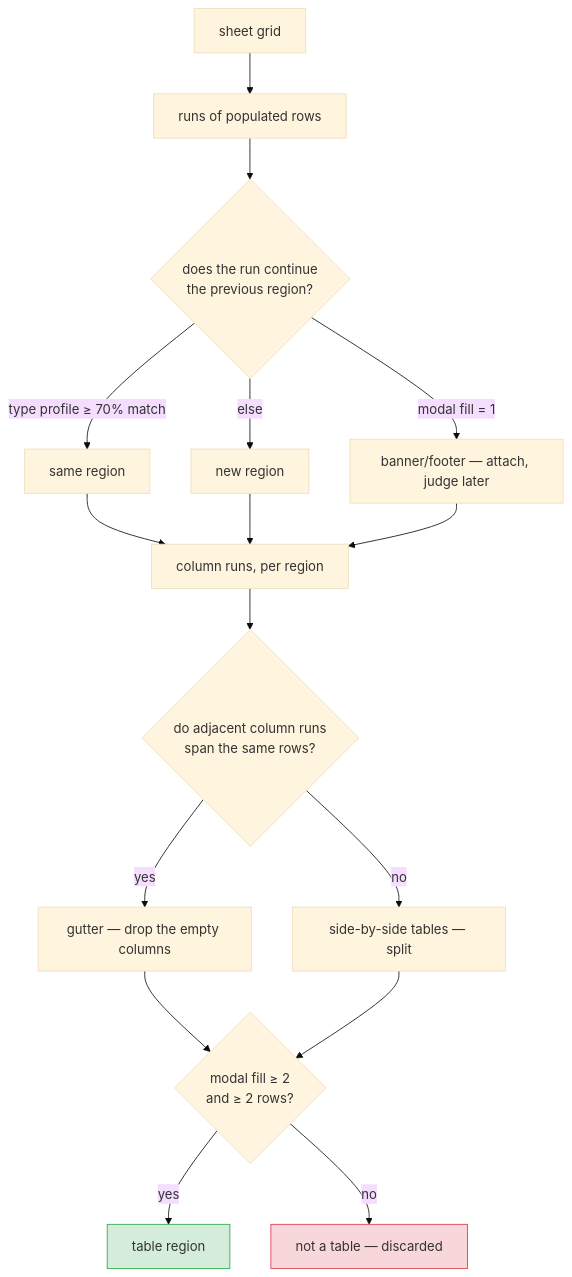
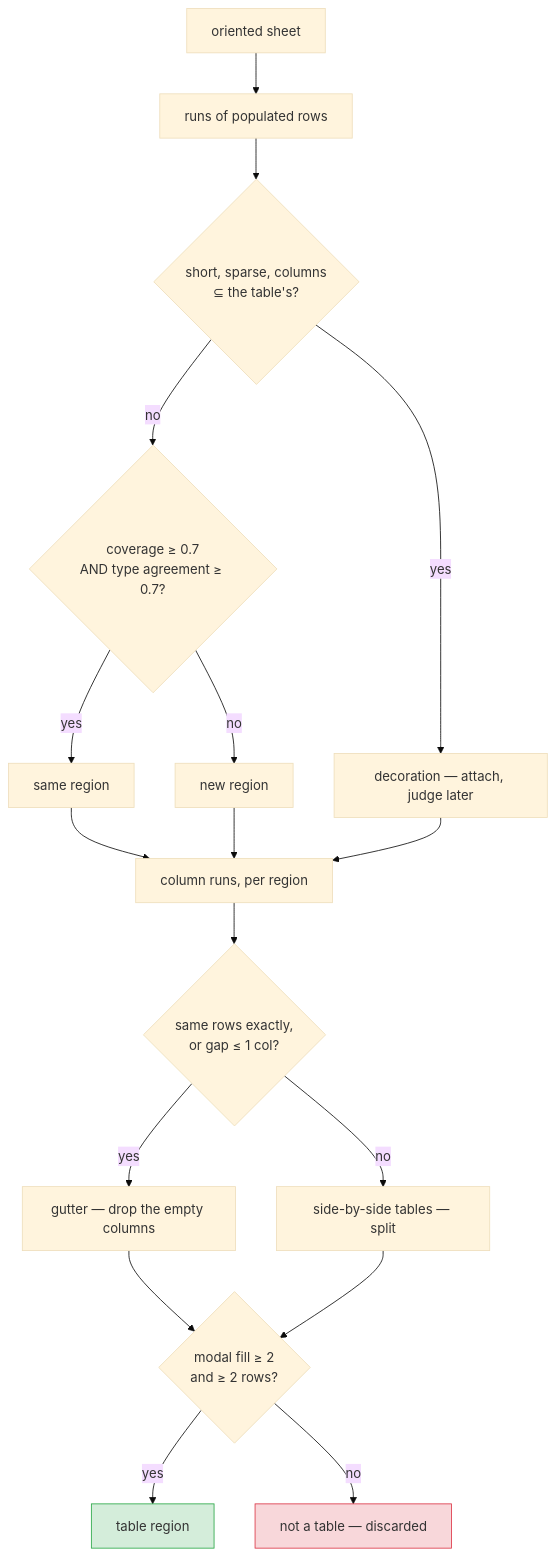
The second of 4 diagrams in ARCHITECTURE.md (rahul-neogi-exavalu/Dirty_excel_cleaner), drawn with Mermaid (base theme) before and after one commit. The commit also changed other lines of this file and 127 other files, not shown here.

````diff
--- a/ARCHITECTURE.md
+++ b/ARCHITECTURE.md
@@ -57,21 +139,22 @@
 ```mermaid
 flowchart TD
-    S["sheet grid"] --> RR["runs of populated rows"]
-    RR --> PM{"does the run continue<br/>the previous region?"}
-    PM -->|"modal fill = 1"| ATT["banner/footer — attach, judge later"]
-    PM -->|"type profile ≥ 70% match"| SAME["same region"]
-    PM -->|else| NEW["new region"]
+    S["oriented sheet"] --> RR["runs of populated rows"]
+    RR --> J{"short, sparse, columns<br/>⊆ the table's?"}
+    J -->|yes| ATT["decoration — attach, judge later"]
+    J -->|no| CV{"coverage ≥ 0.7<br/>AND type agreement ≥ 0.7?"}
+    CV -->|yes| SAME["same region"]
+    CV -->|no| NEW["new region"]
     SAME --> CS["column runs, per region"]
     NEW --> CS
     ATT --> CS
-    CS --> EX{"do adjacent column runs<br/>span the same rows?"}
+    CS --> EX{"same rows exactly,<br/>or gap ≤ 1 col?"}
     EX -->|yes| GUT["gutter — drop the empty columns"]
     EX -->|no| SPLIT["side-by-side tables — split"]
     GUT --> F{"modal fill ≥ 2<br/>and ≥ 2 rows?"}
     SPLIT --> F
     F -->|yes| REG["table region"]
     F -->|no| REJ["not a table — discarded"]
 
     style REG fill:#d4edda,stroke:#28a745
     style REJ fill:#f8d7da,stroke:#dc3545
 ```
````
